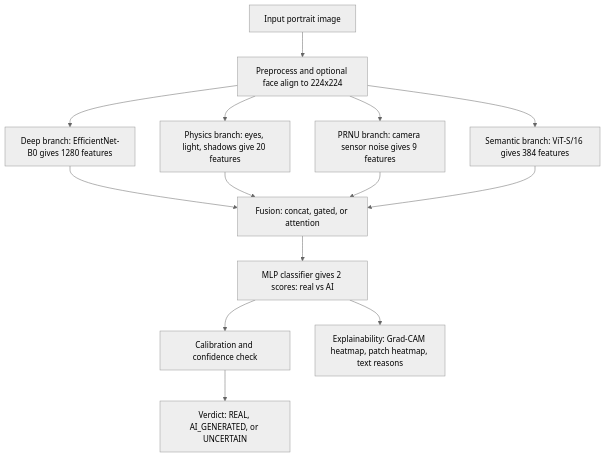
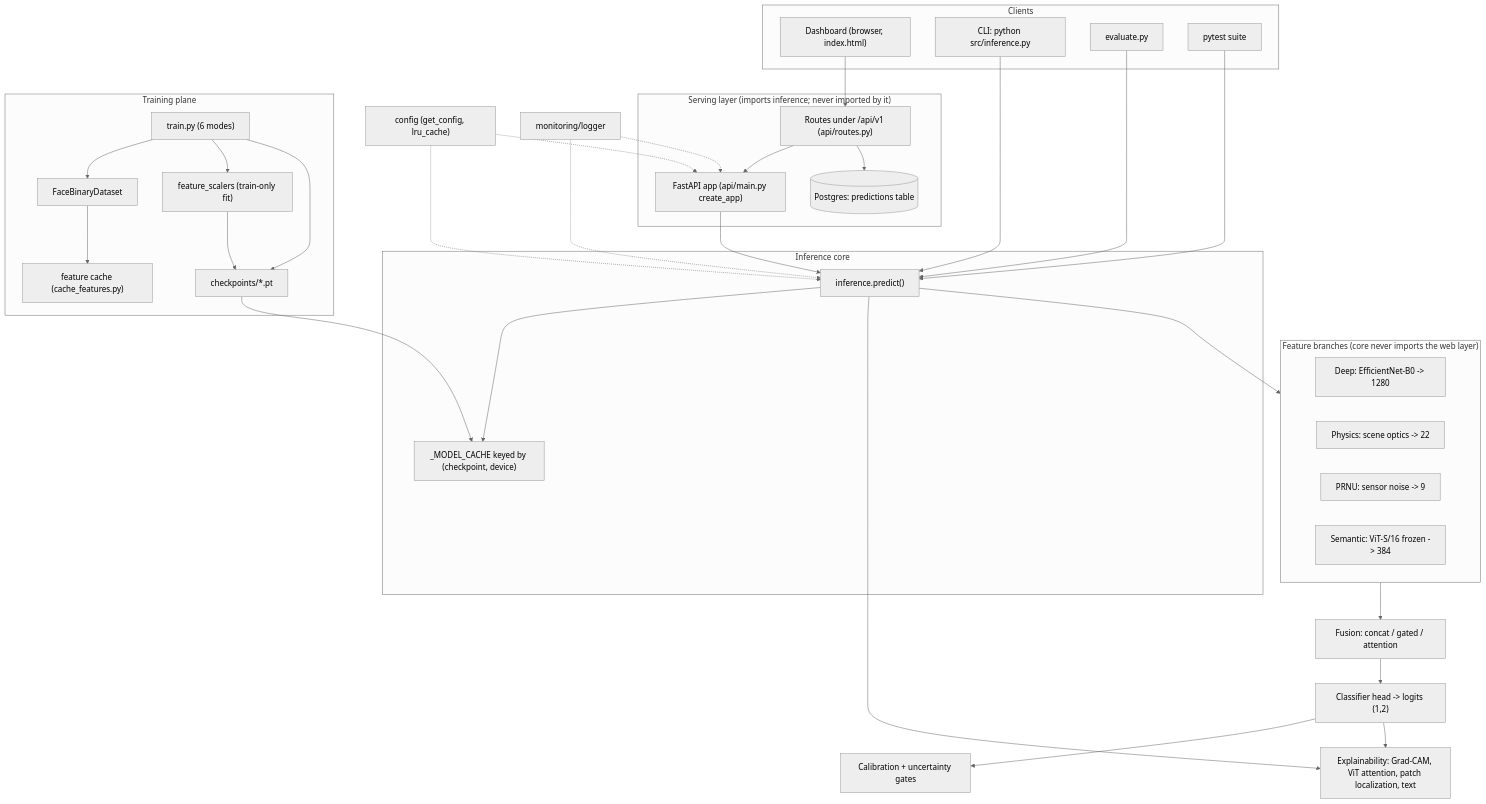
Before and after one commit to Algorithm-bot/ai-vs-real-face-detector: the first of 9 diagrams in ai-vs-real-face-detector/PROJECT_ARCHITECTURE.md, drawn with Mermaid (neutral theme). The commit also changed other lines of this file and 5 other files, not shown here.

````diff
--- a/ai-vs-real-face-detector/PROJECT_ARCHITECTURE.md
+++ b/ai-vs-real-face-detector/PROJECT_ARCHITECTURE.md
@@ -36,20 +53,66 @@
 ```mermaid
 flowchart TD
-    IMG["Input portrait image"] --> PRE["Preprocess and optional face align to 224x224"]
+    subgraph CLIENTS["Clients"]
+        DASH["Dashboard (browser, index.html)"]
+        CLI["CLI: python src/inference.py"]
+        EVAL["evaluate.py"]
+        TESTS["pytest suite"]
+    end
 
-    PRE --> DEEP["Deep branch: EfficientNet-B0 gives 1280 features"]
-    PRE --> PHYS["Physics branch: eyes, light, shadows give 20 features"]
-    PRE --> PRNU["PRNU branch: camera sensor noise gives 9 features"]
-    PRE --> SEM["Semantic branch: ViT-S/16 gives 384 features"]
+    subgraph SERVING["Serving layer (imports inference; never imported by it)"]
+        API["FastAPI app (api/main.py create_app)"]
+        ROUTES["Routes under /api/v1 (api/routes.py)"]
+        PGDB[("Postgres: predictions table")]
+    end
 
-    DEEP --> FUSE["Fusion: concat, gated, or attention"]
-    PHYS --> FUSE
-    PRNU --> FUSE
-    SEM --> FUSE
+    subgraph CORE["Inference core"]
+        PREDICT["inference.predict()"]
+        MCACHE["_MODEL_CACHE keyed by (checkpoint, device)"]
+    end
 
-    FUSE --> HEAD["MLP classifier gives 2 scores: real vs AI"]
-    HEAD --> CAL["Calibration and confidence check"]
-    CAL --> OUT["Verdict: REAL, AI_GENERATED, or UNCERTAIN"]
+    subgraph BRANCHES["Feature branches (core never imports the web layer)"]
+        DEEP["Deep: EfficientNet-B0 -> 1280"]
+        PHYS["Physics: scene optics -> 22"]
+        PRNU["PRNU: sensor noise -> 9"]
+        SEM["Semantic: ViT-S/16 frozen -> 384"]
+    end
 
-    HEAD --> XAI["Explainability: Grad-CAM heatmap, patch heatmap, text reasons"]
+    FUSE["Fusion: concat / gated / attention"]
+    HEAD["Classifier head -> logits (1,2)"]
+    CAL["Calibration + uncertainty gates"]
+    XAI["Explainability: Grad-CAM, ViT attention, patch localization, text"]
+
+    subgraph TRAIN["Training plane"]
+        TR["train.py (6 modes)"]
+        DS["FaceBinaryDataset"]
+        SCAL["feature_scalers (train-only fit)"]
+        FCACHE["feature cache (cache_features.py)"]
+        CKPT["checkpoints/*.pt"]
+    end
+
+    CONF["config (get_config, lru_cache)"]
+    LOG["monitoring/logger"]
+
+    DASH --> ROUTES
+    CLI --> PREDICT
+    EVAL --> PREDICT
+    TESTS --> PREDICT
+    ROUTES --> API
+    API --> PREDICT
+    ROUTES --> PGDB
+    PREDICT --> MCACHE
+    PREDICT --> BRANCHES
+    BRANCHES --> FUSE --> HEAD --> CAL
+    HEAD --> XAI
+    PREDICT --> XAI
+    CKPT --> MCACHE
+    TR --> DS
+    TR --> SCAL
+    TR --> CKPT
+    DS --> FCACHE
+    SCAL --> CKPT
+    CONF -.-> PREDICT
+    CONF -.-> API
+    LOG -.-> PREDICT
+    LOG -.-> API
 ```
````
